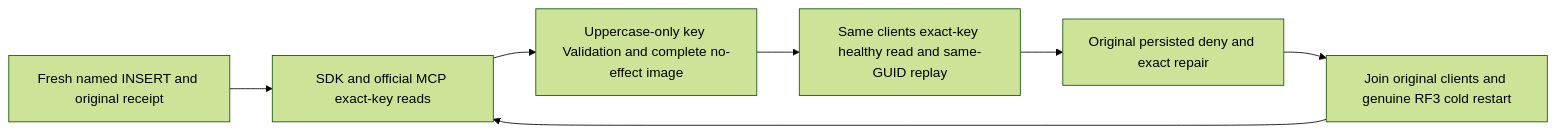
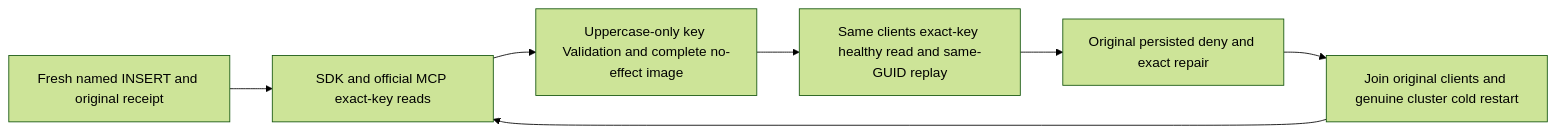
The diagram in docs/Features/QueryExecution/ScriptDomNamedParameterPublicParity.md (managedcode/KeyLoad), drawn with Mermaid (forest theme) before and after one commit. The commit also changed other lines of this file and 7356 other files, not shown here.

````diff
--- a/docs/Features/QueryExecution/ScriptDomNamedParameterPublicParity.md
+++ b/docs/Features/QueryExecution/ScriptDomNamedParameterPublicParity.md
@@ -15,9 +15,9 @@
 ```mermaid
 flowchart LR
   Seed[Fresh named INSERT and original receipt] --> Keys[SDK and official MCP exact-key reads]
   Keys --> Refuse[Uppercase-only key Validation and complete no-effect image]
   Refuse --> Repair[Same clients exact-key healthy read and same-GUID replay]
   Repair --> Policy[Original persisted deny and exact repair]
-  Policy --> Join[Join original clients and genuine RF3 cold restart]
+  Policy --> Join[Join original clients and genuine cluster cold restart]
   Join --> Keys
 ```
````
